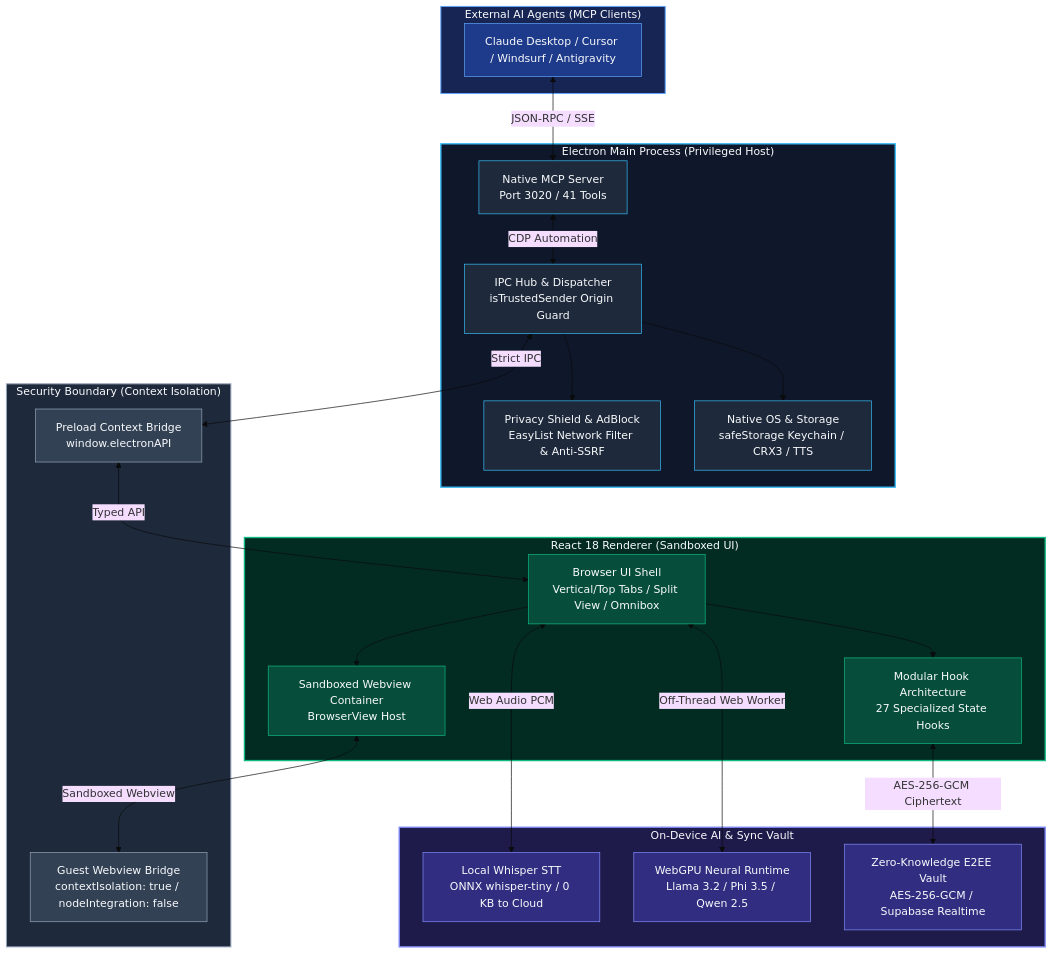
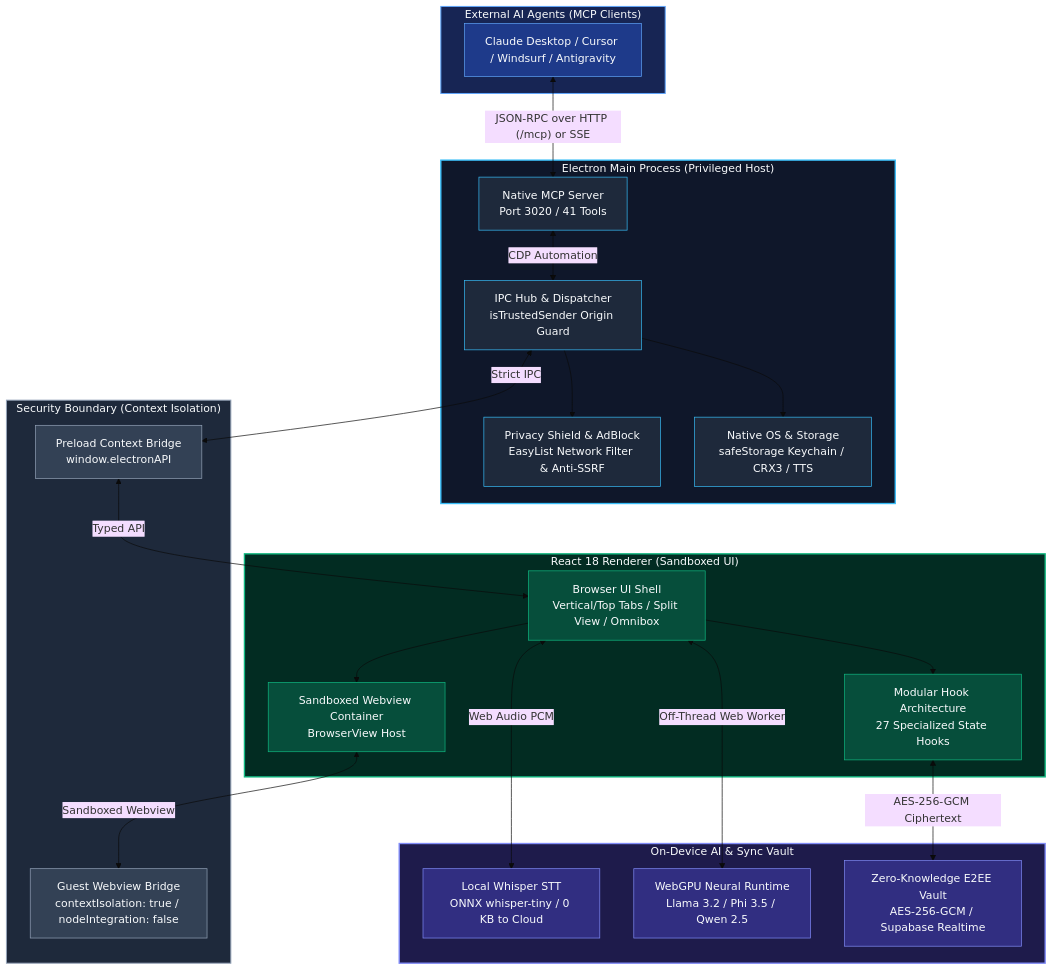
One commit to MOT1209/King_Browser changed the diagram in README.md. Above: the diagram before and after it, drawn with Mermaid (base theme). The commit also changed other lines of this file and 1 other file, not shown here.

````diff
--- a/README.md
+++ b/README.md
@@ -645,69 +645,69 @@
 ```mermaid
 flowchart TB
     subgraph Clients["External AI Agents (MCP Clients)"]
         agentClient["Claude Desktop / Cursor / Windsurf / Antigravity"]
     end
 
     subgraph Main["Electron Main Process (Privileged Host)"]
         mcp["Native MCP Server<br/>Port 3020 / 41 Tools"]
         ipcMain["IPC Hub & Dispatcher<br/>isTrustedSender Origin Guard"]
         netShield["Privacy Shield & AdBlock<br/>EasyList Network Filter & Anti-SSRF"]
         osBridge["Native OS & Storage<br/>safeStorage Keychain / CRX3 / TTS"]
     end
 
     subgraph Boundary["Security Boundary (Context Isolation)"]
         preloadAPI["Preload Context Bridge<br/>window.electronAPI"]
         guestPreload["Guest Webview Bridge<br/>contextIsolation: true / nodeIntegration: false"]
     end
 
     subgraph Renderer["React 18 Renderer (Sandboxed UI)"]
         uiShell["Browser UI Shell<br/>Vertical/Top Tabs / Split View / Omnibox"]
         hookEngine["Modular Hook Architecture<br/>27 Specialized State Hooks"]
         viewHost["Sandboxed Webview Container<br/>BrowserView Host"]
     end
 
     subgraph Neural["On-Device AI & Sync Vault"]
         whisperEngine["Local Whisper STT<br/>ONNX whisper-tiny / 0 KB to Cloud"]
         webgpuEngine["WebGPU Neural Runtime<br/>Llama 3.2 / Phi 3.5 / Qwen 2.5"]
         syncVault["Zero-Knowledge E2EE Vault<br/>AES-256-GCM / Supabase Realtime"]
     end
 
-    agentClient <-->|"JSON-RPC / SSE"| mcp
+    agentClient <-->|"JSON-RPC over HTTP (/mcp) or SSE"| mcp
     mcp <-->|"CDP Automation"| ipcMain
     ipcMain <-->|"Strict IPC"| preloadAPI
     preloadAPI <-->|"Typed API"| uiShell
     ipcMain --> netShield
     ipcMain --> osBridge
 
     uiShell --> hookEngine
     uiShell --> viewHost
     viewHost <-->|"Sandboxed Webview"| guestPreload
 
     uiShell <-->|"Web Audio PCM"| whisperEngine
     uiShell <-->|"Off-Thread Web Worker"| webgpuEngine
     hookEngine <-->|"AES-256-GCM Ciphertext"| syncVault
 
     style Main fill:#0f172a,stroke:#38bdf8,stroke-width:2px,color:#f8fafc
     style Boundary fill:#1e293b,stroke:#94a3b8,stroke-width:1.5px,color:#f8fafc
     style Renderer fill:#022c22,stroke:#10b981,stroke-width:2px,color:#f8fafc
     style Neural fill:#1e1b4b,stroke:#818cf8,stroke-width:2px,color:#f8fafc
     style Clients fill:#172554,stroke:#60a5fa,stroke-width:1.5px,color:#f8fafc
 
     style mcp fill:#1e293b,stroke:#38bdf8,stroke-width:1px,color:#f8fafc
     style ipcMain fill:#1e293b,stroke:#38bdf8,stroke-width:1px,color:#f8fafc
     style netShield fill:#1e293b,stroke:#38bdf8,stroke-width:1px,color:#f8fafc
     style osBridge fill:#1e293b,stroke:#38bdf8,stroke-width:1px,color:#f8fafc
 
     style preloadAPI fill:#334155,stroke:#94a3b8,stroke-width:1px,color:#f8fafc
     style guestPreload fill:#334155,stroke:#94a3b8,stroke-width:1px,color:#f8fafc
 
     style uiShell fill:#064e3b,stroke:#10b981,stroke-width:1px,color:#f8fafc
     style hookEngine fill:#064e3b,stroke:#10b981,stroke-width:1px,color:#f8fafc
     style viewHost fill:#064e3b,stroke:#10b981,stroke-width:1px,color:#f8fafc
 
     style whisperEngine fill:#312e81,stroke:#818cf8,stroke-width:1px,color:#f8fafc
     style webgpuEngine fill:#312e81,stroke:#818cf8,stroke-width:1px,color:#f8fafc
     style syncVault fill:#312e81,stroke:#818cf8,stroke-width:1px,color:#f8fafc
 
     style agentClient fill:#1e3a8a,stroke:#60a5fa,stroke-width:1px,color:#f8fafc
 ```
````
